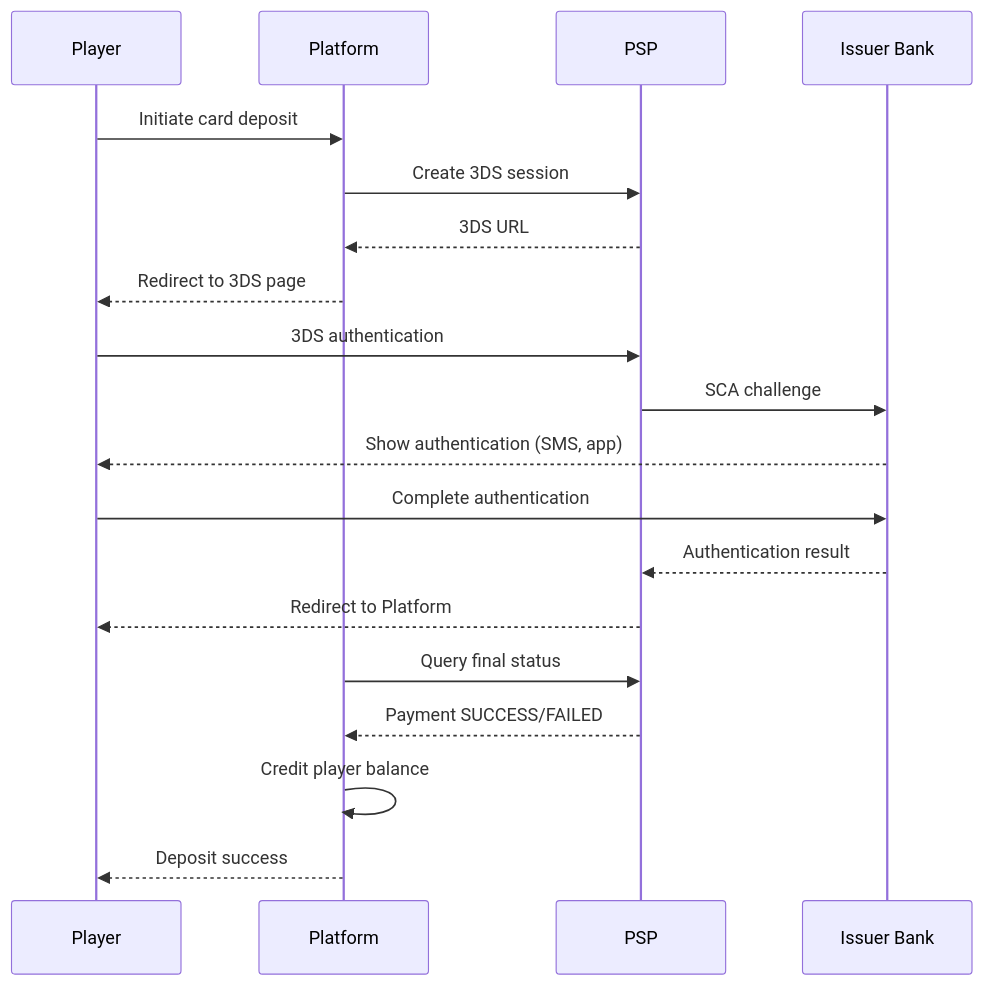
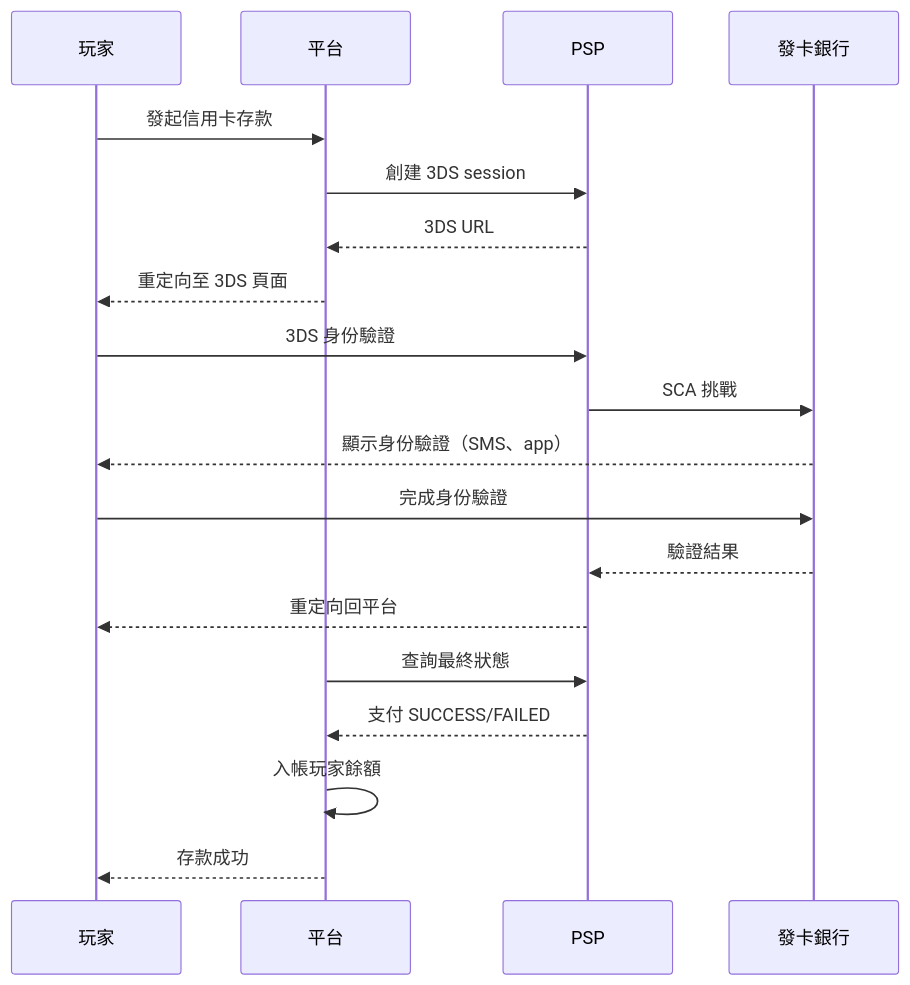
Before and after one commit to ron03wlb/smart-admin: the second of 2 diagrams in docs/iGaming/architecture/02_Finance_Service/Payment_Gateway_Technical.md, drawn with Mermaid. The commit also changed other lines of this file, not shown here.

First line of the commit message:
docs(iGaming): translate Payment_Gateway_Technical.md to Traditional Chinese

````diff
--- a/docs/iGaming/architecture/02_Finance_Service/Payment_Gateway_Technical.md
+++ b/docs/iGaming/architecture/02_Finance_Service/Payment_Gateway_Technical.md
@@ -734,27 +734,27 @@
 ```mermaid
 sequenceDiagram
-    participant Player
-    participant Platform
+    participant Player as 玩家
+    participant Platform as 平台
     participant PSP
-    participant Issuer as Issuer Bank
+    participant Issuer as 發卡銀行
 
-    Player->>Platform: Initiate card deposit
-    Platform->>PSP: Create 3DS session
+    Player->>Platform: 發起信用卡存款
+    Platform->>PSP: 創建 3DS session
     PSP-->>Platform: 3DS URL
 
-    Platform-->>Player: Redirect to 3DS page
+    Platform-->>Player: 重定向至 3DS 頁面
 
-    Player->>PSP: 3DS authentication
-    PSP->>Issuer: SCA challenge
-    Issuer-->>Player: Show authentication (SMS, app)
+    Player->>PSP: 3DS 身份驗證
+    PSP->>Issuer: SCA 挑戰
+    Issuer-->>Player: 顯示身份驗證（SMS、app）
 
-    Player->>Issuer: Complete authentication
-    Issuer-->>PSP: Authentication result
+    Player->>Issuer: 完成身份驗證
+    Issuer-->>PSP: 驗證結果
 
-    PSP-->>Player: Redirect to Platform
-    Platform->>PSP: Query final status
-    PSP-->>Platform: Payment SUCCESS/FAILED
+    PSP-->>Player: 重定向回平台
+    Platform->>PSP: 查詢最終狀態
+    PSP-->>Platform: 支付 SUCCESS/FAILED
 
-    Platform->>Platform: Credit player balance
-    Platform-->>Player: Deposit success
+    Platform->>Platform: 入帳玩家餘額
+    Platform-->>Player: 存款成功
 ```
````
